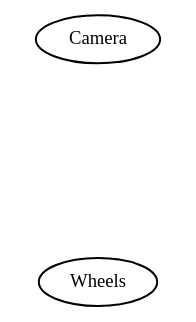
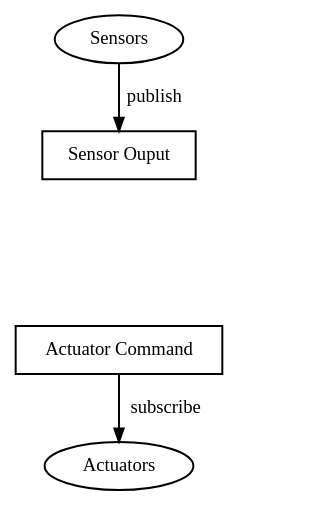
One commit to shihyuan/duckietown_ros_slides changed the diagram in dot/robot_as_graph_2.dot. Above: the diagram before and after it, drawn with Graphviz. The commit also changed 16 other files, not shown here.

```diff
--- a/dot/robot_as_graph_2.dot
+++ b/dot/robot_as_graph_2.dot
@@ -1,13 +1,29 @@
 digraph {
 	edge [penwidth=1.5]
 	node [penwidth=1.5]
 	
+	//Nodes
 	node [shape=ellipse,style=filled,fillcolor=white];
-	sensors[label="Camera"];
-	actuators[label="Wheels"];
-	node [shape=box,style=invis,fillcolor=white];
-	mystery_box[label="  ?  ",fontsize=60];
+	sensors[label="Sensors"];
+	actuators[label="Actuators"];
+	mystery_node[label="?",style=invis];
+	sensors_side[shape=plaintext, label="Node",style=invis];
+	actuators_side[shape=plaintext, label="Node",style=invis];
+	{rank=same;sensors;sensors_side}
+	{rank=same;actuators;actuators_side}
 
-	sensors->mystery_box[style=invis];
-	mystery_box->actuators[style=invis];
+	//Topics
+	node [shape=box,fillcolor=white];
+	image[label="Sensor Ouput"];
+	wheels_cmd[label="Actuator Command"];
+	image_side[shape=plaintext, label="Topic",style=invis];
+	wheels_cmd_side[shape=plaintext, label="Topic",style=invis];
+	{rank=same;image;image_side}
+	{rank=same;wheels_cmd;wheels_cmd_side}
+
+	//Edges
+	sensors->image[label="publish"];
+	image->mystery_node[style=invis];
+	mystery_node->wheels_cmd[style=invis];
+	wheels_cmd->actuators[label="subscribe"];
 }
```
